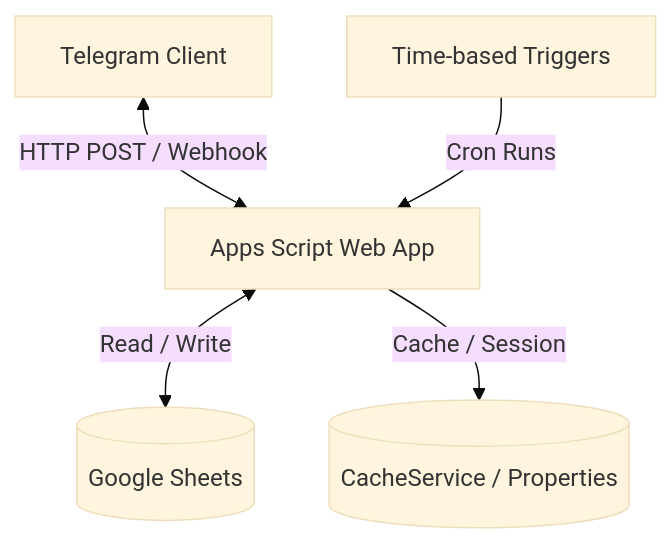
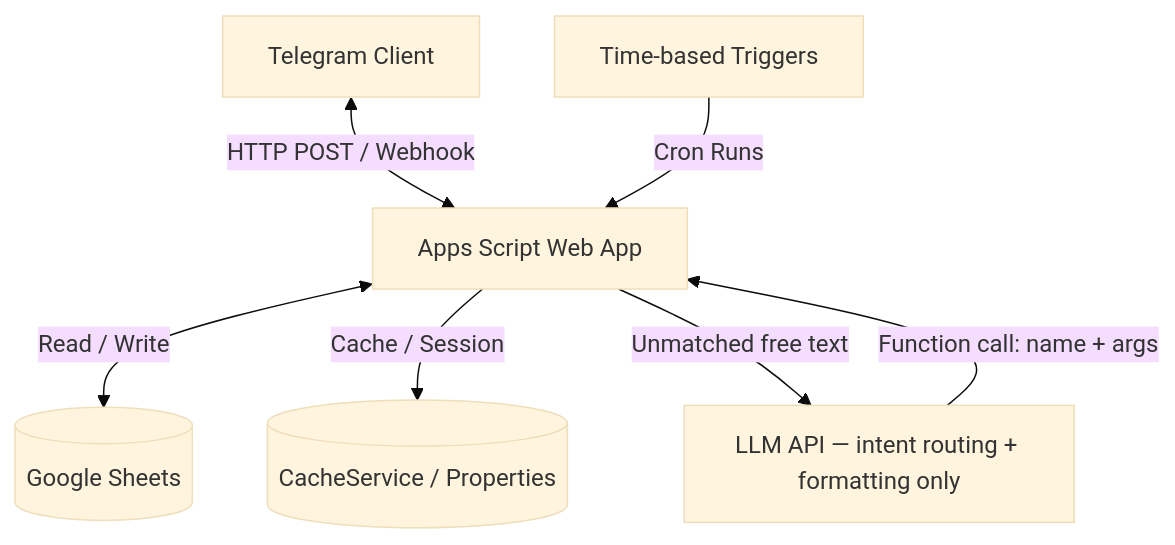
One commit to SriRamCharan-dev/AttendBuddy changed the third of 3 diagrams in PRD.md. Above: the diagram before and after it, drawn with Mermaid (base theme). The commit also changed other lines of this file and 8 other files, not shown here.

````diff
--- a/PRD.md
+++ b/PRD.md
@@ -116,7 +124,9 @@
 ```mermaid
 graph TD
     Telegram[Telegram Client] <-->|HTTP POST / Webhook| WebApp[Apps Script Web App]
     WebApp <-->|Read / Write| Sheets[(Google Sheets)]
     WebApp -->|Cache / Session| Cache[(CacheService / Properties)]
+    WebApp -->|Unmatched free text| LLM[LLM API — intent routing + formatting only]
+    LLM -->|Function call: name + args| WebApp
     Trigger[Time-based Triggers] -->|Cron Runs| WebApp
 ```
````
